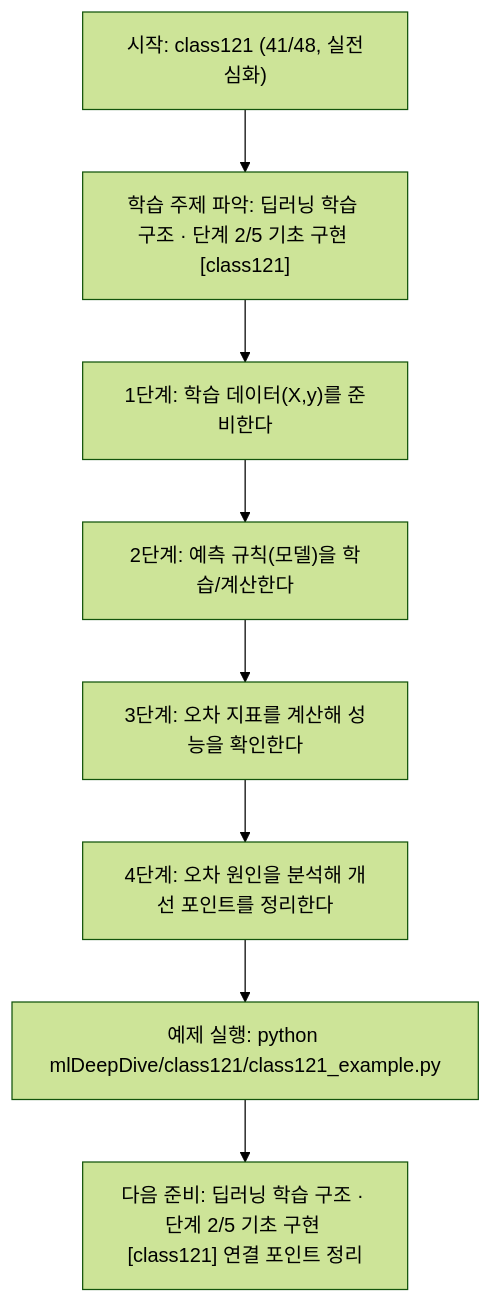
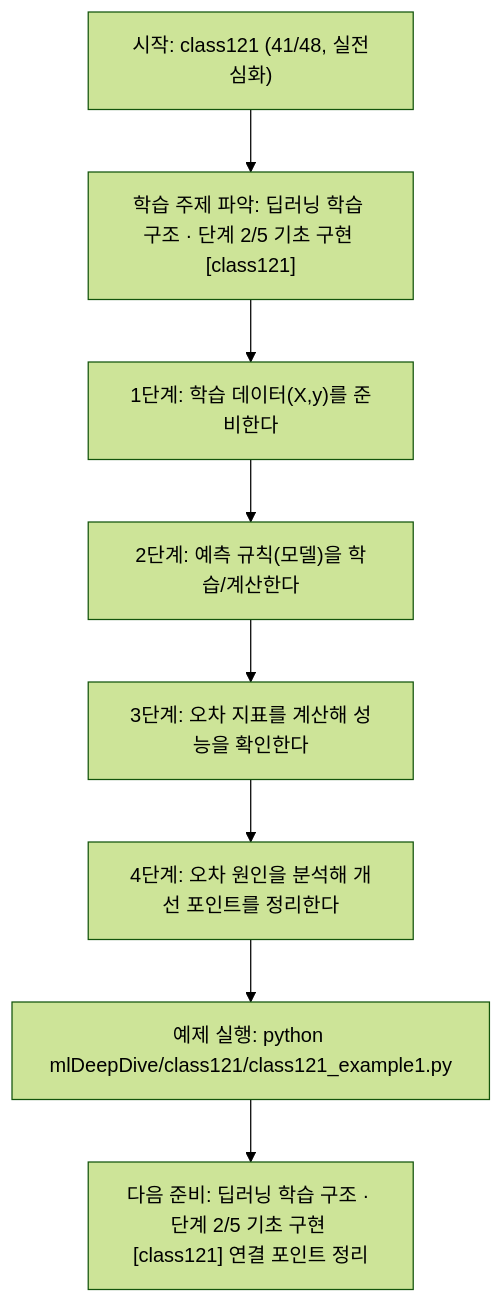
Before and after one commit to edumgt/Python-AI_Agent-Class: the diagram in mlDeepDive/class121/class121.md, drawn with Mermaid (forest theme). The commit also changed other lines of this file and 2959 other files, not shown here.

````diff
--- a/mlDeepDive/class121/class121.md
+++ b/mlDeepDive/class121/class121.md
@@ -110,18 +110,18 @@
 ```mermaid
 flowchart TD
 N1["시작: class121 (41/48, 실전심화)"]
 N2["학습 주제 파악: 딥러닝 학습 구조 · 단계 2/5 기초 구현 [class121]"]
 N3["1단계: 학습 데이터(X,y)를 준비한다"]
 N4["2단계: 예측 규칙(모델)을 학습/계산한다"]
 N5["3단계: 오차 지표를 계산해 성능을 확인한다"]
 N6["4단계: 오차 원인을 분석해 개선 포인트를 정리한다"]
-N7["예제 실행: python mlDeepDive/class121/class121_example.py"]
+N7["예제 실행: python mlDeepDive/class121/class121_example1.py"]
 N8["다음 준비: 딥러닝 학습 구조 · 단계 2/5 기초 구현 [class121] 연결 포인트 정리"]
 N1 --> N2
 N2 --> N3
 N3 --> N4
 N4 --> N5
 N5 --> N6
 N6 --> N7
 N7 --> N8
 ```
````
